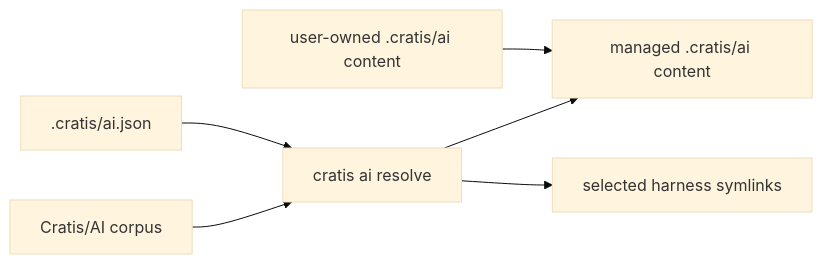
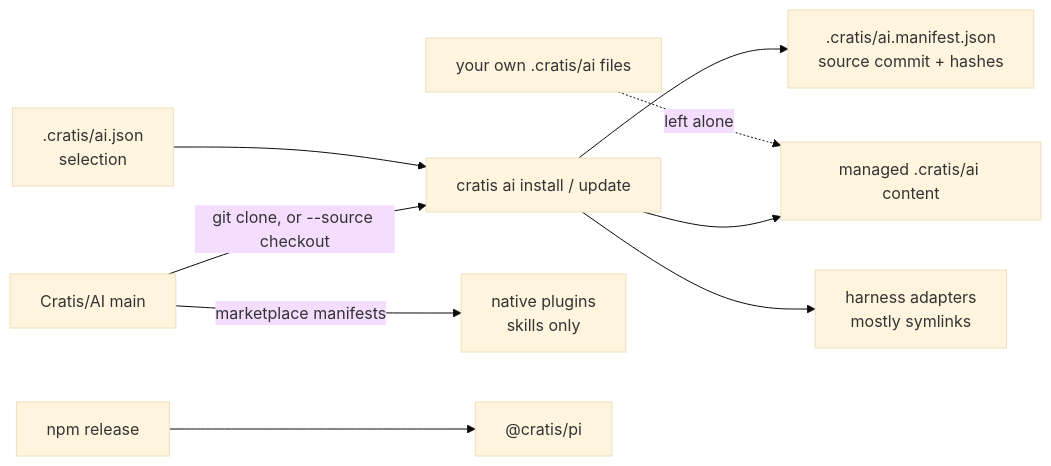
The diagram in web/src/content/docs/ai/trust-and-distribution.mdx (Cratis/Documentation), drawn with Mermaid (base theme) before and after one commit. The commit also changed other lines of this file and 14 other files, not shown here.

````diff
--- a/web/src/content/docs/ai/trust-and-distribution.mdx
+++ b/web/src/content/docs/ai/trust-and-distribution.mdx
@@ -12,8 +28,11 @@
 ```mermaid
 flowchart LR
-    C[Cratis/AI corpus] --> R[cratis ai resolve]
-    J[.cratis/ai.json] --> R
-    R --> A[managed .cratis/ai content]
-    R --> H[selected harness symlinks]
-    U[user-owned .cratis/ai content] --> A
+    C[Cratis/AI main] -->|git clone, or --source checkout| CLI[cratis ai install / update]
+    J[.cratis/ai.json<br/>selection] --> CLI
+    CLI --> A[managed .cratis/ai content]
+    CLI --> M[.cratis/ai.manifest.json<br/>source commit + hashes]
+    CLI --> H[harness adapters<br/>mostly symlinks]
+    U[your own .cratis/ai files] -.->|left alone| A
+    C -->|marketplace manifests| P[native plugins<br/>skills only]
+    R[npm release] --> PI["@cratis/pi"]
 ```
````
